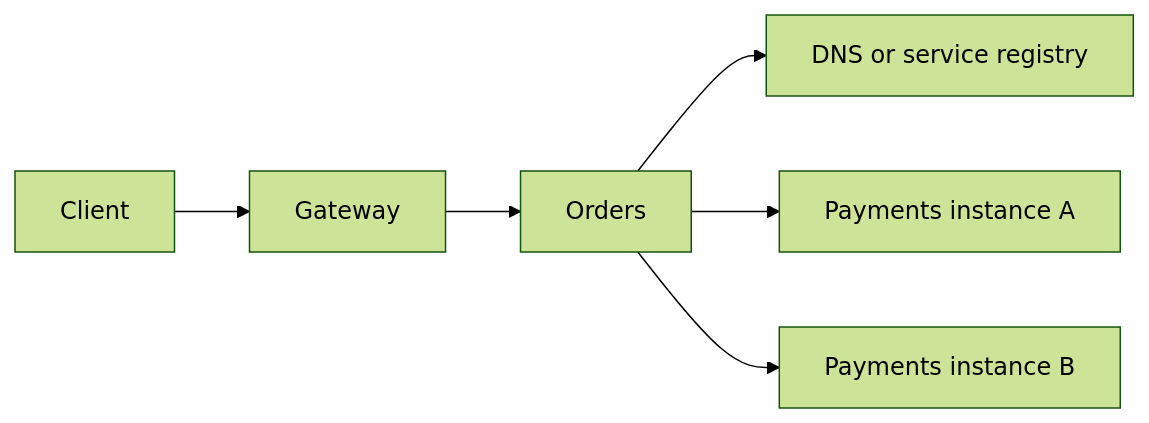
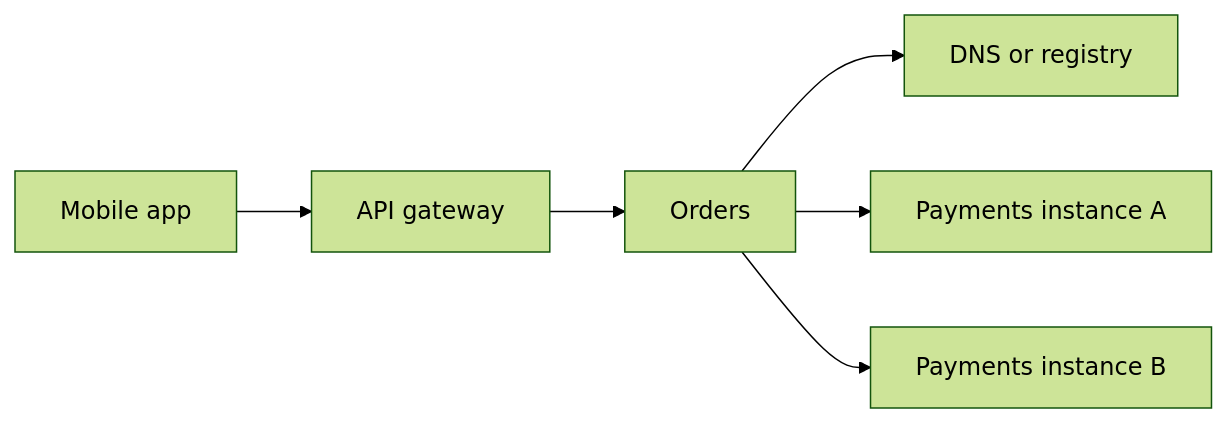
Before and after one commit to vasu2912/dev-handbook: the first of 5 diagrams in src/content/docs/microservices/discovery-and-gateways.md, drawn with Mermaid (forest theme). The commit also changed other lines of this file and 14 other files, not shown here.

````diff
--- a/src/content/docs/microservices/discovery-and-gateways.md
+++ b/src/content/docs/microservices/discovery-and-gateways.md
@@ -10,8 +16,8 @@
-```mermaid
+```mermaid #fig-request-path One checkout request from a phone to a Payments instance, through the gateway, Orders, and service discovery.
 flowchart LR
-    Client --> Gateway
-    Gateway --> Orders
-    Orders --> Discovery[DNS or service registry]
-    Orders --> PaymentsA[Payments instance A]
-    Orders --> PaymentsB[Payments instance B]
+  App[Mobile app] --> GW[API gateway]
+  GW --> O[Orders]
+  O --> D[DNS or registry]
+  O --> PA[Payments instance A]
+  O --> PB[Payments instance B]
 ```
````
